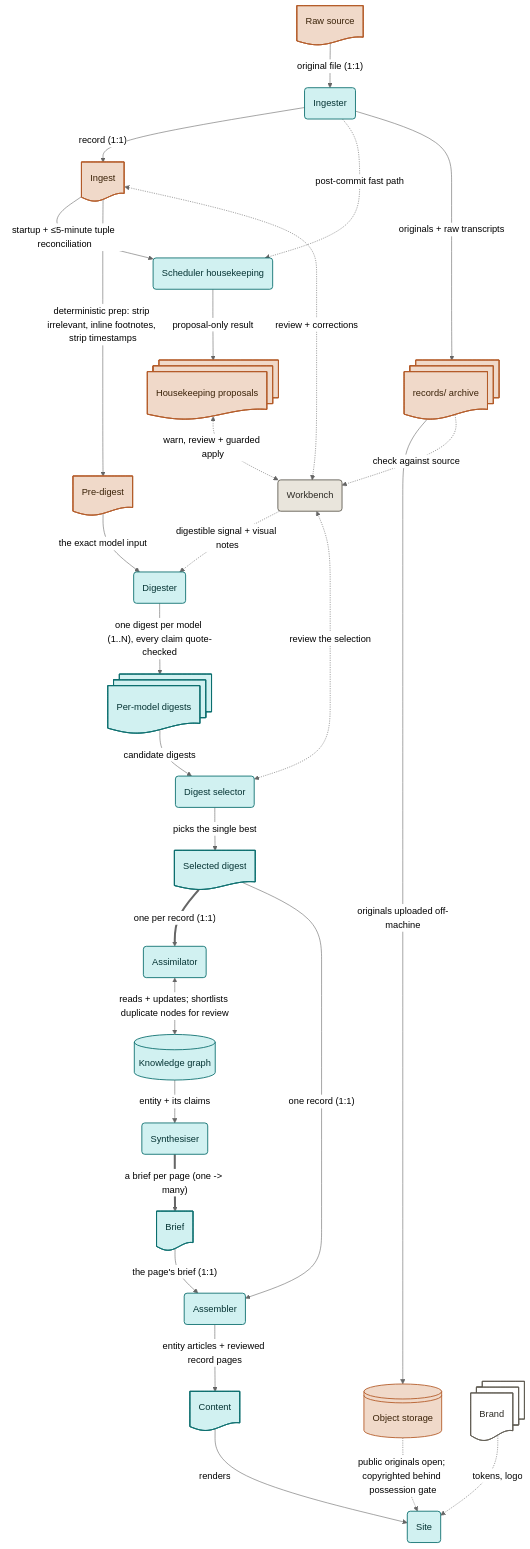
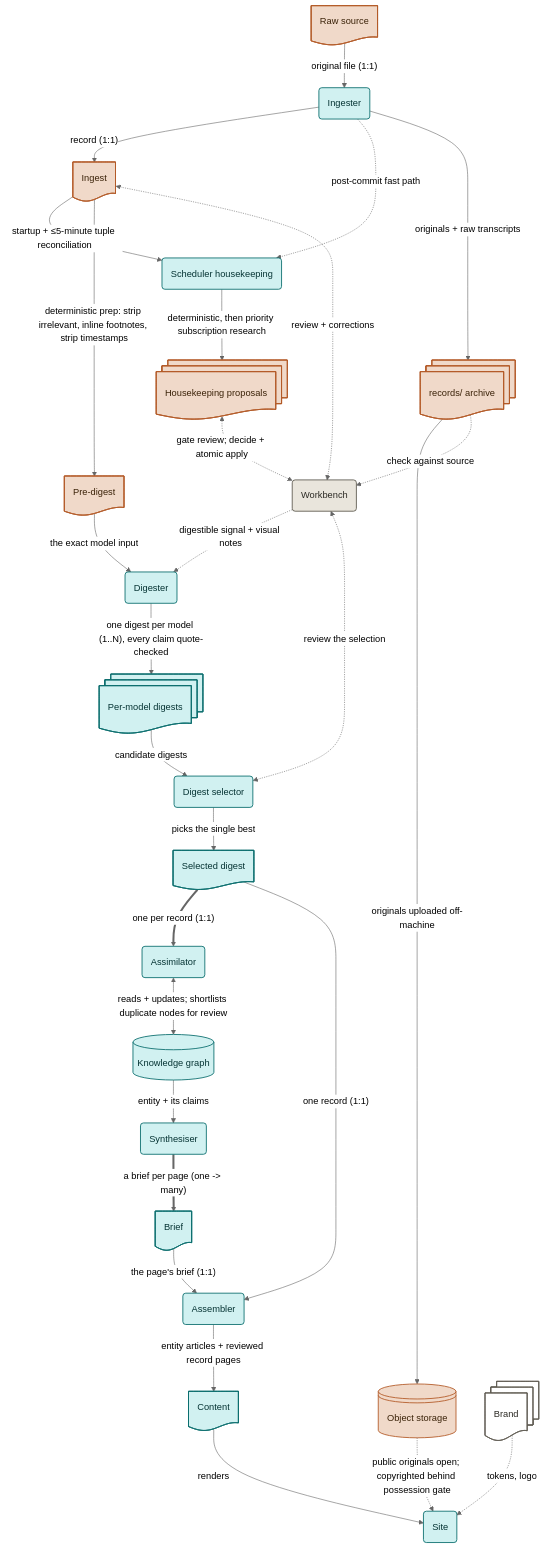
The diagram in reference/pipeline.mmd (anomalica/anomalica), drawn with Mermaid (neutral theme) before and after one commit. The commit also changed 10 other files, not shown here.

Commit message:
docs(housekeeping): define review-gated lifecycle

```diff
--- a/reference/pipeline.mmd
+++ b/reference/pipeline.mmd
@@ -1,82 +1,82 @@
 flowchart TB
   classDef src fill:#F0D9C9,stroke:#B35A28,stroke-width:1.5px,color:#3a2208;
   classDef pub fill:#D1F1F1,stroke:#0B6E6E,stroke-width:1.5px,color:#053333;
   classDef rev fill:#E9E5DC,stroke:#5E5A50,stroke-width:1.5px,color:#2c2a24;
   classDef store fill:#ffffff,stroke:#5E5A50,stroke-width:1.3px,color:#2c2a24;
 
   raw@{ shape: doc, label: "Raw source" }
   ingester@{ shape: rounded, label: "Ingester" }
   ingest@{ shape: doc, label: "Ingest" }
   housekeeping@{ shape: rounded, label: "Scheduler housekeeping" }
   housekeeping_proposals@{ shape: docs, label: "Housekeeping proposals" }
   predigest@{ shape: doc, label: "Pre-digest" }
   archive@{ shape: docs, label: "records/ archive" }
   bucket@{ shape: lin-cyl, label: "Object storage" }
   workbench@{ shape: rounded, label: "Workbench" }
   digester@{ shape: rounded, label: "Digester" }
   digests@{ shape: docs, label: "Per-model digests" }
   selector@{ shape: rounded, label: "Digest selector" }
   selected@{ shape: doc, label: "Selected digest" }
   assimilator@{ shape: rounded, label: "Assimilator" }
   kg@{ shape: cyl, label: "Knowledge graph" }
   synthesiser@{ shape: rounded, label: "Synthesiser" }
   briefs@{ shape: doc, label: "Brief" }
   assembler@{ shape: rounded, label: "Assembler" }
   content@{ shape: doc, label: "Content" }
   site@{ shape: rounded, label: "Site" }
   brand@{ shape: docs, label: "Brand" }
 
   raw -->|"original file (1:1)"| ingester
   ingester -->|"record (1:1)"| ingest
   ingester -.->|"post-commit fast path"| housekeeping
   ingest -->|"startup + ≤5-minute tuple reconciliation"| housekeeping
-  housekeeping -->|"proposal-only result"| housekeeping_proposals
-  housekeeping_proposals <-.->|"warn, review + guarded apply"| workbench
+  housekeeping -->|"deterministic, then priority subscription research"| housekeeping_proposals
+  housekeeping_proposals <-.->|"gate review; decide + atomic apply"| workbench
   ingester -->|"originals + raw transcripts"| archive
   archive -->|"originals uploaded off-machine"| bucket
   bucket -.->|"public originals open; copyrighted behind possession gate"| site
   ingest -->|"deterministic prep: strip irrelevant, inline footnotes, strip timestamps"| predigest
   predigest -->|"the exact model input"| digester
   digester -->|"one digest per model (1..N), every claim quote-checked"| digests
   digests -->|"candidate digests"| selector
   selector -->|"picks the single best"| selected
   selected ==>|"one per record (1:1)"| assimilator
   assimilator <-->|"reads + updates; shortlists duplicate nodes for review"| kg
   kg -->|"entity + its claims"| synthesiser
   synthesiser ==>|"a brief per page (one -> many)"| briefs
   briefs -->|"the page's brief (1:1)"| assembler
   selected -->|"one record (1:1)"| assembler
   assembler -->|"entity articles + reviewed record pages"| content
   content -->|"renders"| site
   brand -.->|"tokens, logo"| site
   ingest <-.->|"review + corrections"| workbench
   selector <-.->|"review the selection"| workbench
   archive -.->|"check against source"| workbench
   workbench -.->|"digestible signal + visual notes"| digester
 
   class raw,ingest,housekeeping_proposals,predigest,archive,bucket src
   class ingester,housekeeping,digester,digests,selector,selected,assimilator,kg,synthesiser,briefs,assembler,content,site pub
   class workbench rev
   class brand store
 
   click raw nodeClick
   click ingester nodeClick
   click ingest nodeClick
   click housekeeping nodeClick
   click housekeeping_proposals nodeClick
   click predigest nodeClick
   click archive nodeClick
   click bucket nodeClick
   click workbench nodeClick
   click digester nodeClick
   click digests nodeClick
   click selector nodeClick
   click selected nodeClick
   click assimilator nodeClick
   click kg nodeClick
   click synthesiser nodeClick
   click briefs nodeClick
   click assembler nodeClick
   click content nodeClick
   click site nodeClick
   click brand nodeClick
```
